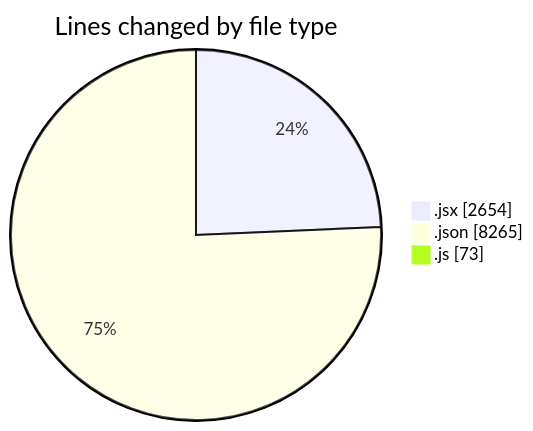
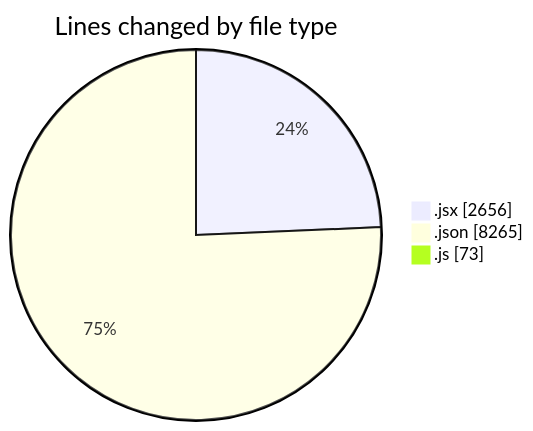
One commit to nxtqubesakshisongat/code-tracking changed the first of 2 diagrams in 2025-12-23/nxtqube_webapp/README.md. Above: the diagram before and after it, drawn with Mermaid. The commit also changed other lines of this file and 1 other file, not shown here.

````diff
--- a/2025-12-23/nxtqube_webapp/README.md
+++ b/2025-12-23/nxtqube_webapp/README.md
@@ -24,7 +24,7 @@
 ```mermaid
 pie showData
 title Lines changed by file type
-".jsx" : 2654
+".jsx" : 2656
 ".json" : 8265
 ".js" : 73
 ```
````
